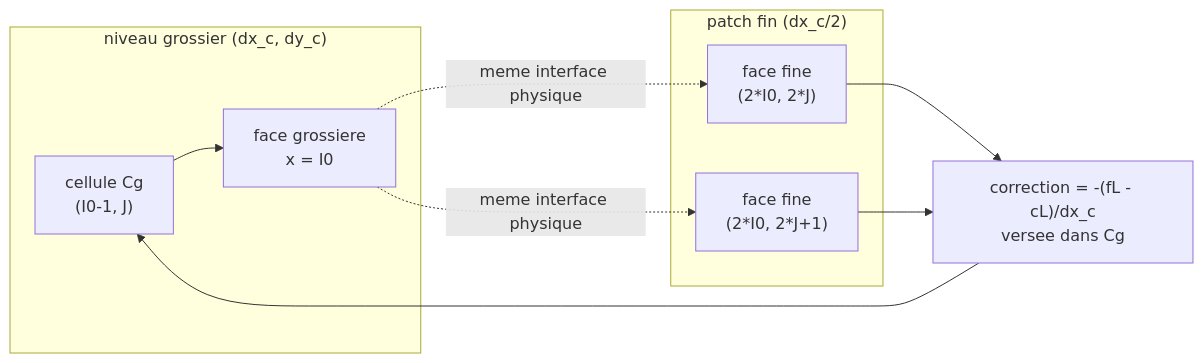
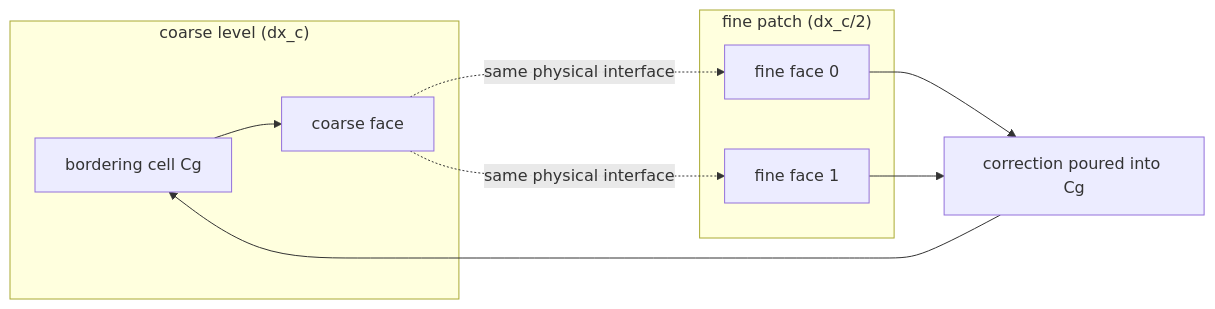
Before and after one commit to wolf75222/PoPS: the second of 3 diagrams in docs/ARCHITECTURE.md, drawn with Mermaid. The commit also changed other lines of this file and 2 other files, not shown here.

````diff
--- a/docs/ARCHITECTURE.md
+++ b/docs/ARCHITECTURE.md
@@ -258,17 +302,17 @@
 ```mermaid
 graph LR
-  subgraph Grossier["niveau grossier (dx_c, dy_c)"]
-    Cg["cellule Cg<br/>(I0-1, J)"]
-    Cgf["face grossiere<br/>x = I0"]
+  subgraph Coarse["coarse level (dx_c)"]
+    Cg["bordering cell Cg"]
+    Cgf["coarse face"]
   end
-  subgraph Fin["patch fin (dx_c/2)"]
-    f0["face fine<br/>(2*I0, 2*J)"]
-    f1["face fine<br/>(2*I0, 2*J+1)"]
+  subgraph Fine["fine patch (dx_c/2)"]
+    f0["fine face 0"]
+    f1["fine face 1"]
   end
   Cg --> Cgf
-  Cgf -. "meme interface physique" .-> f0
-  Cgf -. "meme interface physique" .-> f1
-  f0 --> Reflux["correction = -(fL - cL)/dx_c<br/>versee dans Cg"]
+  Cgf -. "same physical interface" .-> f0
+  Cgf -. "same physical interface" .-> f1
+  f0 --> Reflux["correction poured into Cg"]
   f1 --> Reflux
   Reflux --> Cg
 ```
````
